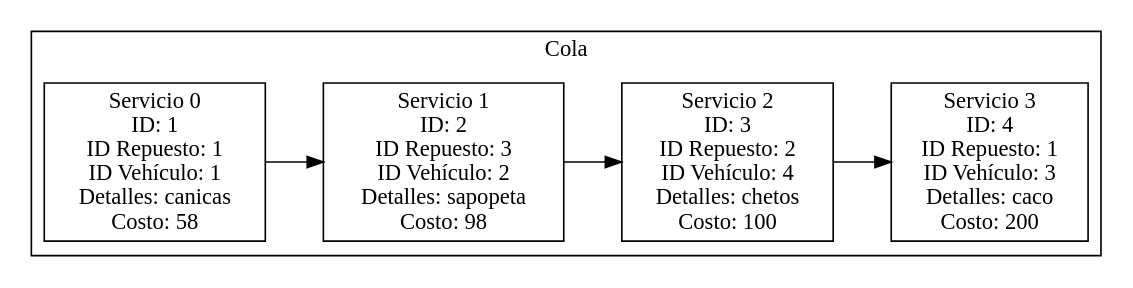
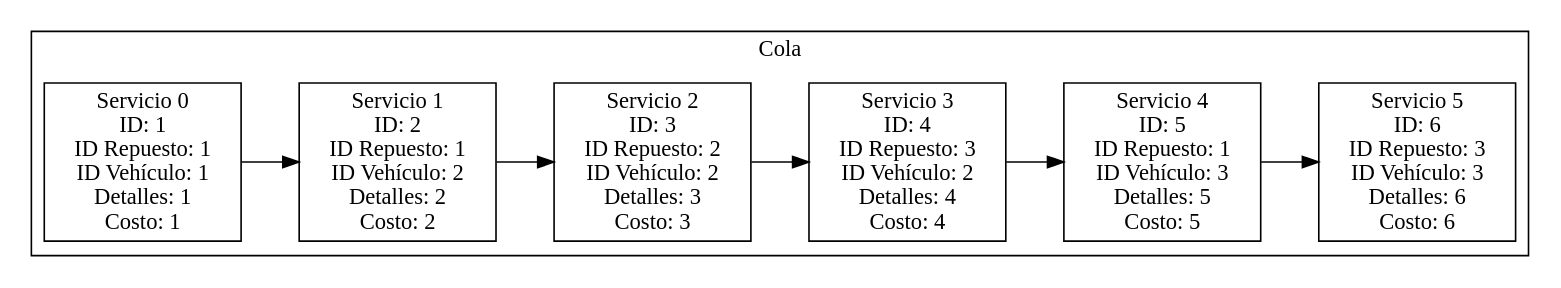
One commit to Farot30/-EDD-1S2025_202307820 changed the diagram in Fase#1/Graficas/Cola.dot. Above: the diagram before and after it, drawn with Graphviz. The commit also changed 26 other files, not shown here.

```diff
--- a/Fase#1/Graficas/Cola.dot
+++ b/Fase#1/Graficas/Cola.dot
@@ -1,14 +1,18 @@
 digraph G {
 rankdir=LR;
 node [shape=record];
 subgraph cluster_Cola {
 label = "Cola";
-"1" [label="Servicio 0\nID: 1\nID Repuesto: 1\nID Vehículo: 1\nDetalles: canicas\nCosto: 58"];
+"1" [label="Servicio 0\nID: 1\nID Repuesto: 1\nID Vehículo: 1\nDetalles: 1\nCosto: 1"];
 "1" -> "2";
-"2" [label="Servicio 1\nID: 2\nID Repuesto: 3\nID Vehículo: 2\nDetalles: sapopeta\nCosto: 98"];
+"2" [label="Servicio 1\nID: 2\nID Repuesto: 1\nID Vehículo: 2\nDetalles: 2\nCosto: 2"];
 "2" -> "3";
-"3" [label="Servicio 2\nID: 3\nID Repuesto: 2\nID Vehículo: 4\nDetalles: chetos\nCosto: 100"];
+"3" [label="Servicio 2\nID: 3\nID Repuesto: 2\nID Vehículo: 2\nDetalles: 3\nCosto: 3"];
 "3" -> "4";
-"4" [label="Servicio 3\nID: 4\nID Repuesto: 1\nID Vehículo: 3\nDetalles: caco\nCosto: 200"];
+"4" [label="Servicio 3\nID: 4\nID Repuesto: 3\nID Vehículo: 2\nDetalles: 4\nCosto: 4"];
+"4" -> "5";
+"5" [label="Servicio 4\nID: 5\nID Repuesto: 1\nID Vehículo: 3\nDetalles: 5\nCosto: 5"];
+"5" -> "6";
+"6" [label="Servicio 5\nID: 6\nID Repuesto: 3\nID Vehículo: 3\nDetalles: 6\nCosto: 6"];
 }
 }
```
